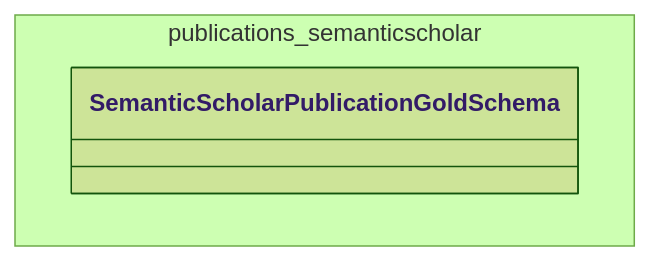
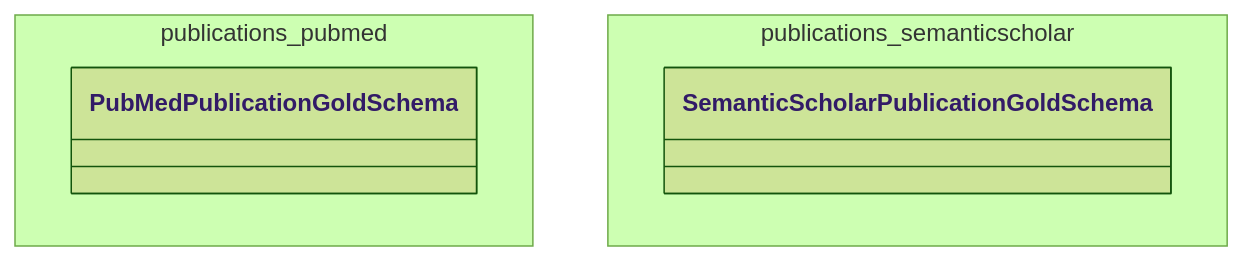
Before and after one commit to SatoryKono/BioactivityDataAcquisition: the diagram in docs/02-architecture/diagrams/class-diagrams/90-pkg-domain-contracts-gold-part2.mmd, drawn with Mermaid (forest theme). The commit also changed 35 other files, not shown here.

First line of the commit message:
fix(ci): synchronize IUPHAR diagram inventory and review routing guards

```diff
--- a/docs/02-architecture/diagrams/class-diagrams/90-pkg-domain-contracts-gold-part2.mmd
+++ b/docs/02-architecture/diagrams/class-diagrams/90-pkg-domain-contracts-gold-part2.mmd
@@ -1,14 +1,18 @@
 %% Title: Package Family: domain/contracts/gold (Part 2/2)
-%% Covers: AST-derived supplemental package-family inventory slice for src/bioetl/domain/contracts/gold; part 2/2; modules: publications_semanticscholar.
+%% Covers: AST-derived supplemental package-family inventory slice for src/bioetl/domain/contracts/gold; part 2/2; modules: publications_pubmed, publications_semanticscholar.
 %% Components: top-level classes grouped by source module.
 %% @version 1.0.0
 %% @type    classDiagram
-%% @date    2026-10-04
+%% @date    2026-11-18
 %% @level   Package Family / Inventory Slice
-%% @nodes   1
+%% @nodes   2
 %% @reference Generated supplemental package-family slice used to keep node density within the class-diagram readability budget (<= 30).
 classDiagram
+
+    namespace publications_pubmed {
+        class PubMedPublicationGoldSchema
+    }
 
     namespace publications_semanticscholar {
         class SemanticScholarPublicationGoldSchema
     }
```
